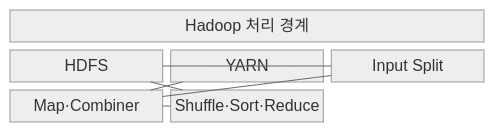
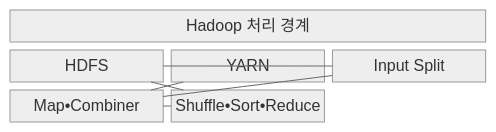
Before and after one commit to agnusdei1207/knowledge-base: the first of 2 diagrams in src/content/docs/notes/03-software/116_hadoop_mapreduce.md, drawn with Mermaid (neutral theme). The commit also changed other lines of this file and 953 other files, not shown here.

````diff
--- a/src/content/docs/notes/03-software/116_hadoop_mapreduce.md
+++ b/src/content/docs/notes/03-software/116_hadoop_mapreduce.md
@@ -67,15 +67,15 @@
 ```mermaid
 block
   columns 3
   A["Hadoop 처리 경계"]:3
   H["HDFS"]
   Y["YARN"]
   I["Input Split"]
-  M["Map·Combiner"]
-  R["Shuffle·Sort·Reduce"]
+  M["Map•Combiner"]
+  R["Shuffle•Sort•Reduce"]
   H --- I
   Y --- M
   I --- M
   M --- R
   R --- H
 ```
````
